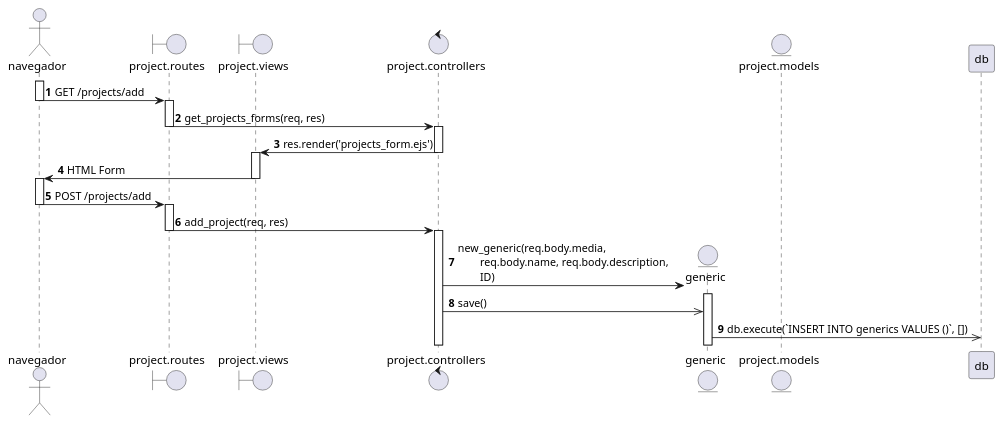
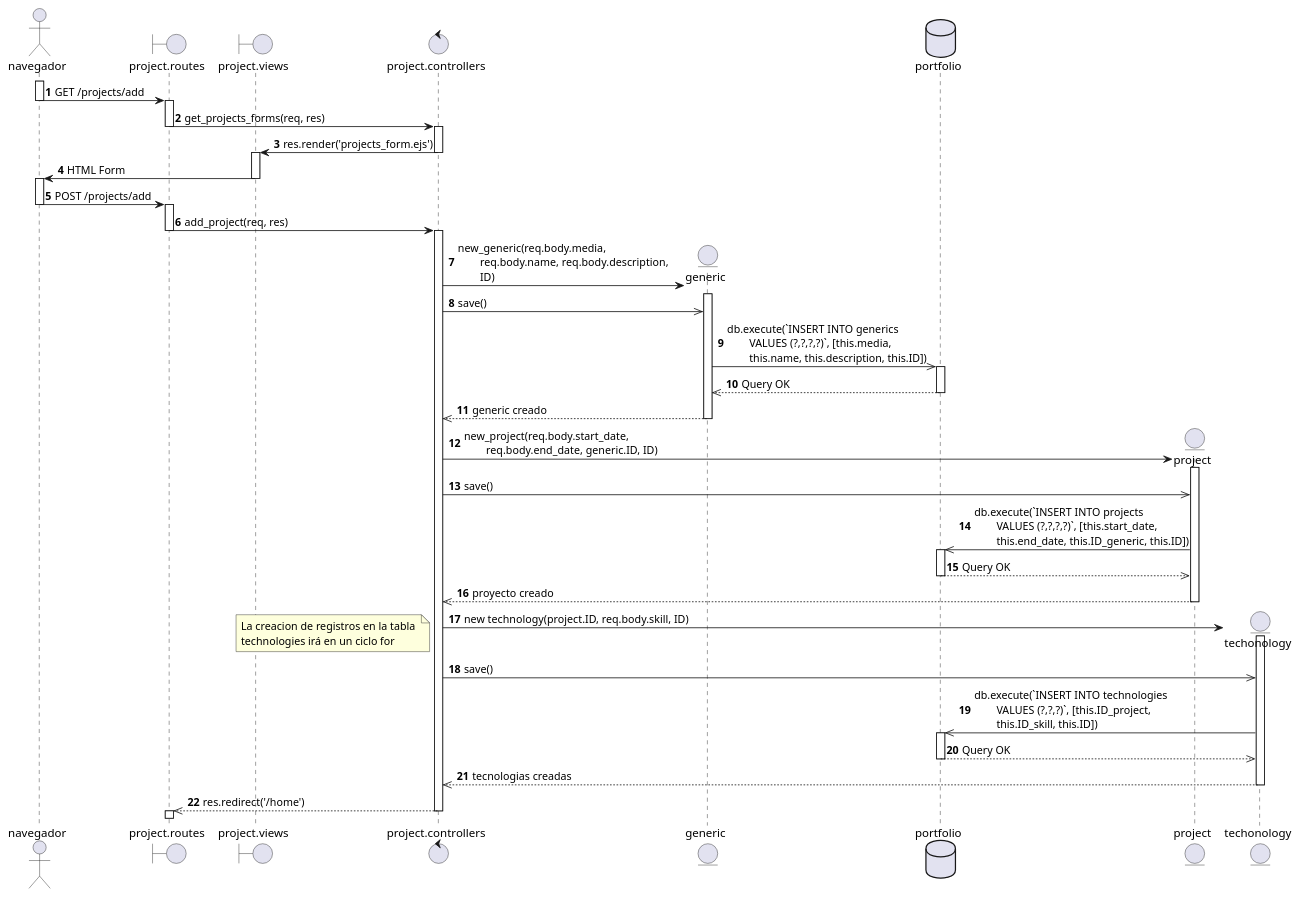
One commit to YaelChar417/portfolio changed the diagram in Diagramas/Secuencia/CU07_A_Registrar_proyecto.puml. Above: the diagram before and after it, drawn with PlantUML. The commit also changed 1 other file, not shown here.

Commit message:
Feature: diagrama de secuencia del CU07 terminado

```diff
--- a/Diagramas/Secuencia/CU07_A_Registrar_proyecto.puml
+++ b/Diagramas/Secuencia/CU07_A_Registrar_proyecto.puml
@@ -1,47 +1,88 @@
 @startuml 
 
 autonumber
 
 actor navegador as nav
 boundary "project.routes" as routes
 boundary "project.views" as view
 control "project.controllers" as controller
 
 
 activate nav
 nav -> routes: GET /projects/add
 deactivate nav
 
 activate routes
 routes -> controller: get_projects_forms(req, res)
 deactivate routes
 
 activate controller
 controller -> view: res.render('projects_form.ejs')
 deactivate controller
 
 activate view
 view -> nav: HTML Form
 deactivate view
 
 activate nav
 nav -> routes: POST /projects/add
 deactivate nav
 
 activate routes
 routes -> controller: add_project(req, res)
 deactivate routes
 
 activate controller
     create entity generic
 controller -> generic: new_generic(req.body.media, \n\treq.body.name, req.body.description, \n\tID)
 
 activate generic
 controller ->> generic: save()
 
-generic ->> db: db.execute(`INSERT INTO generics VALUES ()`, [])
+database portfolio as db   
 
-entity "project.models" as model
-database portfolio as db 
+generic ->> db: db.execute(`INSERT INTO generics \n\tVALUES (?,?,?,?)`, [this.media, \n\tthis.name, this.description, this.ID])
+
+activate db
+db -->> generic: Query OK
+deactivate db
+
+generic -->> controller: generic creado
+deactivate generic
+    create entity project
+
+controller -> project: new_project(req.body.start_date, \n\treq.body.end_date, generic.ID, ID)
+activate project
+controller ->> project: save()
+
+project ->> db: db.execute(`INSERT INTO projects \n\tVALUES (?,?,?,?)`, [this.start_date, \n\tthis.end_date, this.ID_generic, this.ID])
+
+activate db
+db -->> project: Query OK
+deactivate db
+
+project -->> controller: proyecto creado
+deactivate project
+
+create entity techonology as tec
+
+controller -> tec: new technology(project.ID, req.body.skill, ID)
+note left: La creacion de registros en la tabla \ntechnologies irá en un ciclo for
+
+activate tec
+controller ->> tec: save()
+
+tec ->> db: db.execute(`INSERT INTO technologies \n\tVALUES (?,?,?)`, [this.ID_project, \n\tthis.ID_skill, this.ID])
+
+activate db
+db -->> tec: Query OK
+deactivate db
+
+tec -->> controller: tecnologias creadas
+deactivate tec
+
+controller -->> routes: res.redirect('/home')
+deactivate controller
+activate routes
 
 @enduml
```
